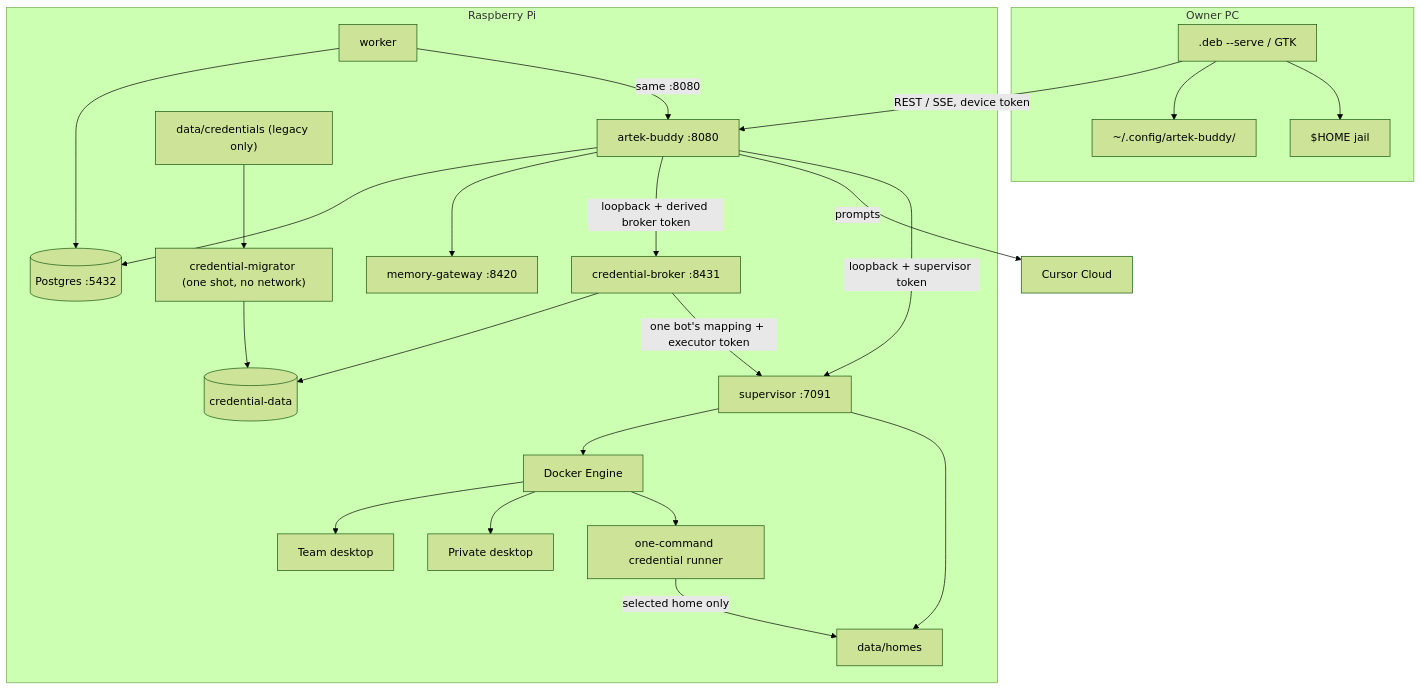
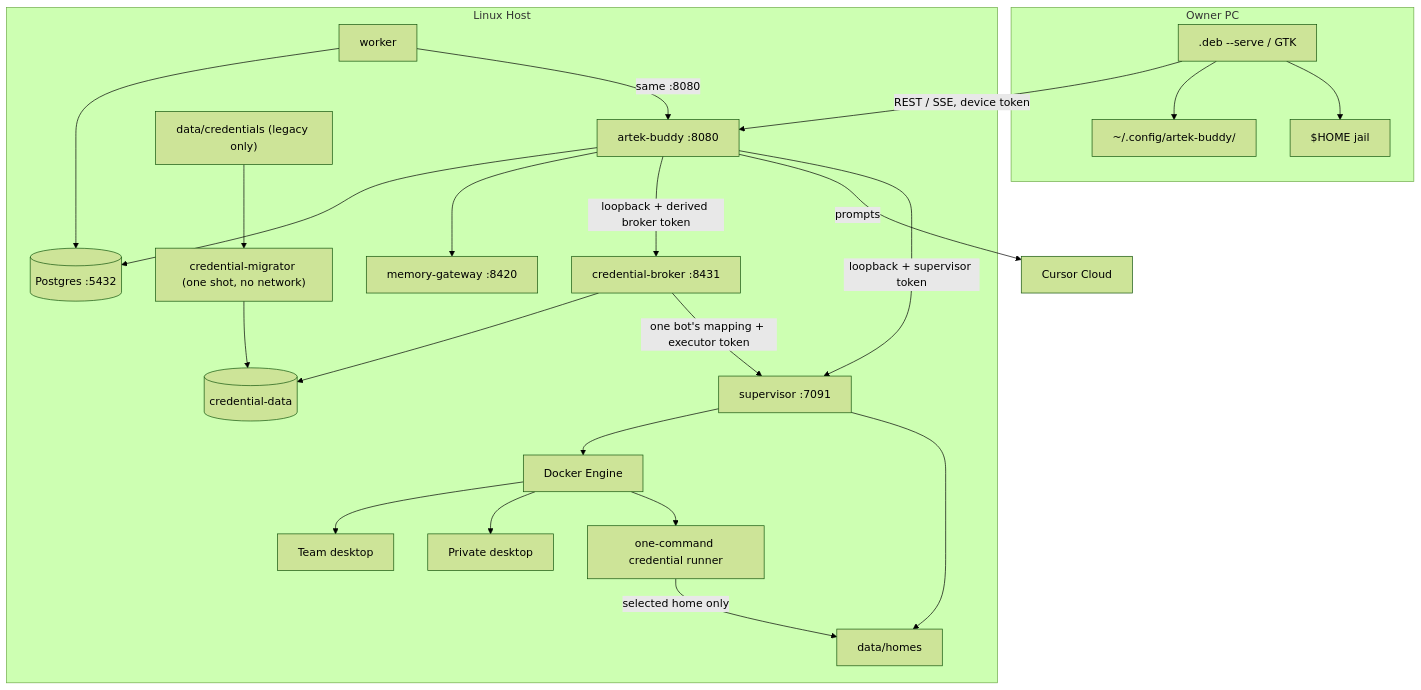
The first of 2 diagrams in ARCHITECTURE.md (itsuppartem/artek-buddy), drawn with Mermaid (forest theme) before and after one commit. The commit also changed other lines of this file and 10 other files, not shown here.

First line of the commit message:
docs: generalize host docs and scripts to standard Linux hosts (#460) (#495)

````diff
--- a/ARCHITECTURE.md
+++ b/ARCHITECTURE.md
@@ -18,45 +18,45 @@
 ```mermaid
 flowchart TB
   subgraph ownerPC [Owner PC]
     Deb[".deb --serve / GTK"]
     Token["~/.config/artek-buddy/"]
     Home["$HOME jail"]
   end
-  subgraph pi [Raspberry Pi]
+  subgraph host [Linux Host]
     API["artek-buddy :8080"]
     Worker["worker"]
     Super["supervisor :7091"]
     GW["memory-gateway :8420"]
     Broker["credential-broker :8431"]
     DB[(Postgres :5432)]
     Homes["data/homes"]
     Creds[("credential-data")]
     Migrator["credential-migrator (one shot, no network)"]
     Legacy["data/credentials (legacy only)"]
     Engine["Docker Engine"]
     Team["Team desktop"]
     Priv["Private desktop"]
     Runner["one-command credential runner"]
   end
   Cursor["Cursor Cloud"]
   Deb -->|"REST / SSE, device token"| API
   Deb --> Token
   Deb --> Home
   API --> DB
   Worker --> DB
   Worker -->|"same :8080"| API
   API --> GW
   API -->|"loopback + derived broker token"| Broker
   Broker --> Creds
   Broker -->|"one bot's mapping + executor token"| Super
   Legacy --> Migrator
   Migrator --> Creds
   API -->|"prompts"| Cursor
   API -->|"loopback + supervisor token"| Super
   Super --> Engine
   Super --> Homes
   Engine --> Team
   Engine --> Priv
   Engine --> Runner
   Runner -->|"selected home only"| Homes
 ```
````
